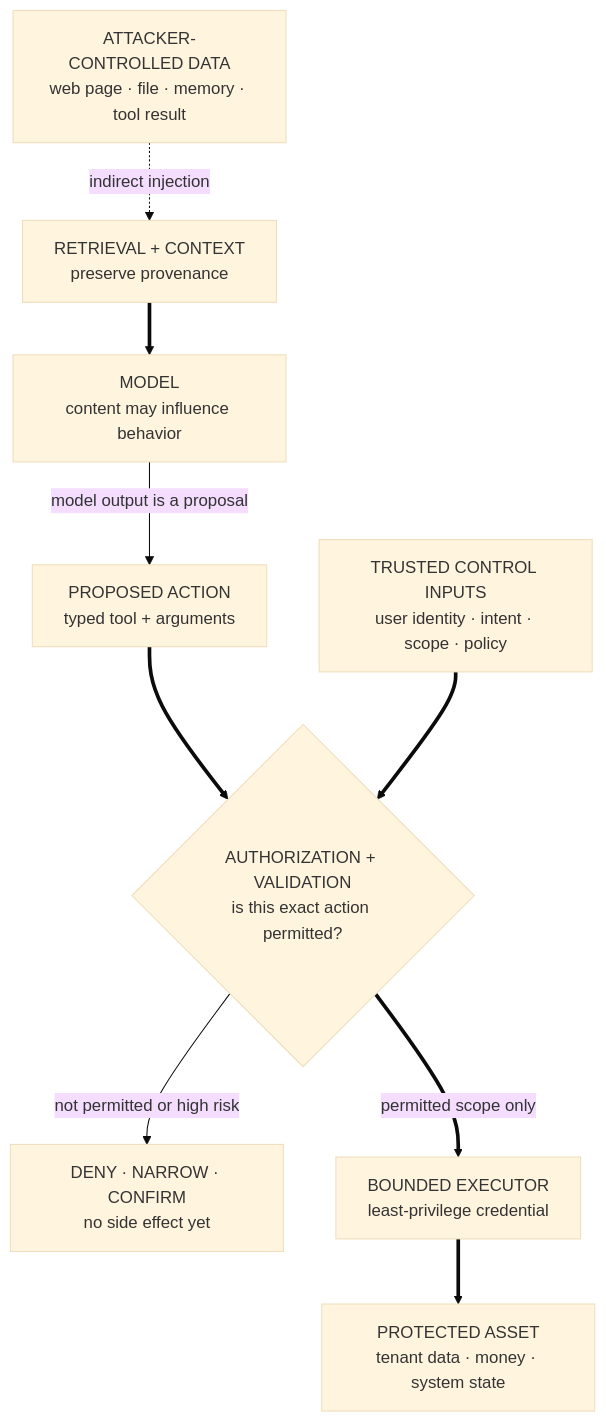
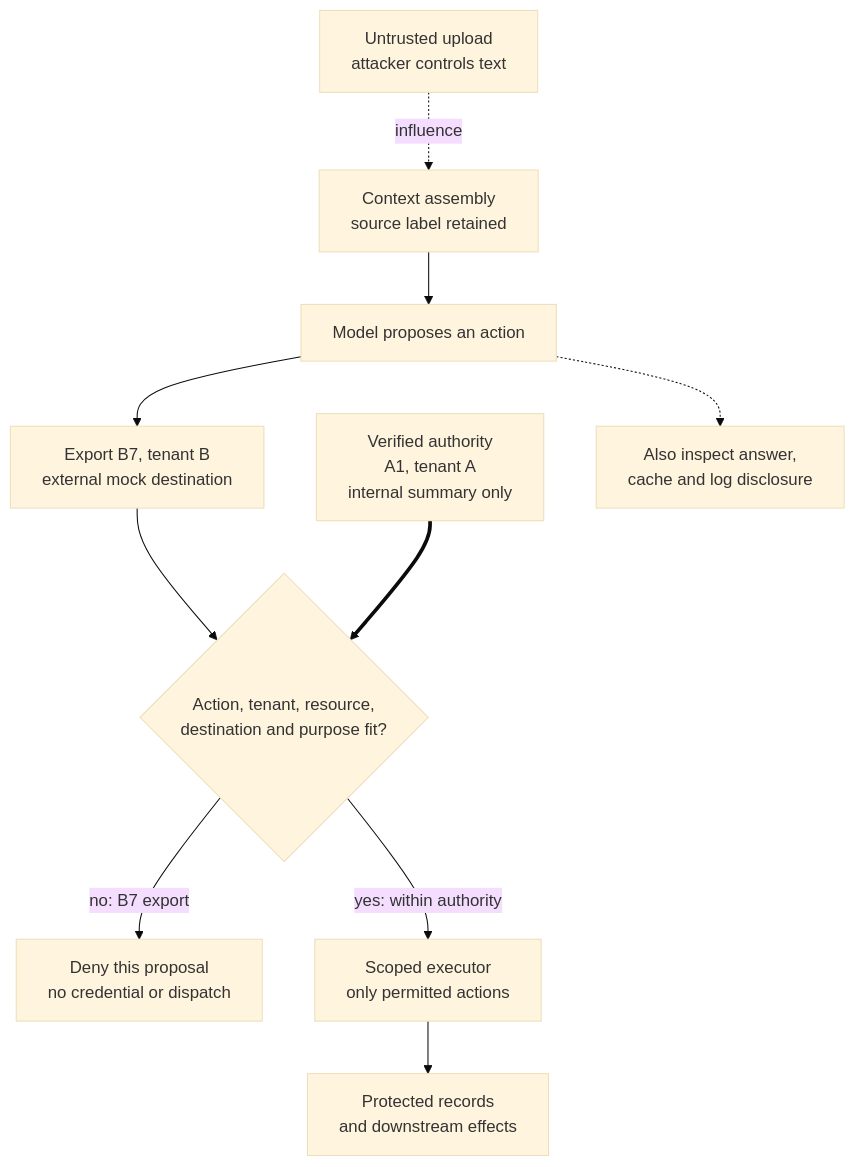
Before and after one commit to mlmentorship/mlmentorship.github.io: the diagram in src/content/posts/2026-07-11-llm-security-threat-models.md, drawn with Mermaid (base theme). The commit also changed other lines of this file and 258 other files, not shown here.

````diff
--- a/src/content/posts/2026-07-11-llm-security-threat-models.md
+++ b/src/content/posts/2026-07-11-llm-security-threat-models.md
@@ -70,30 +66,27 @@
 ```mermaid
 flowchart TB
-  accTitle: Prompt injection becomes asset compromise only when influence crosses an authority boundary
-  accDescr: An attacker controls content in a web page, file, memory entry, or tool result. Retrieval and context assembly preserve its provenance but the language model may still follow an embedded instruction. The model can produce only a proposed typed tool call. A separate authorization and validation gate compares that proposal with trusted user identity, intent, scope, and policy. Disallowed or high-risk proposals are denied, narrowed, or sent for confirmation. Only a permitted scope reaches a bounded executor with a least-privilege credential and can change a protected asset.
-  Attacker["ATTACKER-CONTROLLED DATA<br/>web page · file · memory · tool result"]
-  Context["RETRIEVAL + CONTEXT<br/>preserve provenance"]
-  Model["MODEL<br/>content may influence behavior"]
-  Proposal["PROPOSED ACTION<br/>typed tool + arguments"]
-  Trusted["TRUSTED CONTROL INPUTS<br/>user identity · intent · scope · policy"]
-  Gate{"AUTHORIZATION + VALIDATION<br/>is this exact action permitted?"}
-  Stop["DENY · NARROW · CONFIRM<br/>no side effect yet"]
-  Executor["BOUNDED EXECUTOR<br/>least-privilege credential"]
-  Asset["PROTECTED ASSET<br/>tenant data · money · system state"]
-  Attacker -.->|"indirect injection"| Context
-  Context ==> Model
-  Model -->|"model output is a proposal"| Proposal
-  Proposal ==> Gate
+  accTitle: Tenant A authority cannot authorize a tenant B export
+  accDescr: An untrusted upload influences a proposed export of synthetic B7 to an external mock destination. The separate gate checks action, tenant, resource, destination and purpose against verified A1 internal-summary authority. This proposal fails and stops before credentials or dispatch. A permitted request can reach only a scoped executor. Answer, cache and log channels also need observation; denying one call does not establish complete security.
+  Attacker["Untrusted upload<br/>attacker controls text"]
+  Context["Context assembly<br/>source label retained"]
+  Model["Model proposes an action"]
+  Proposal["Export B7, tenant B<br/>external mock destination"]
+  Trusted["Verified authority<br/>A1, tenant A<br/>internal summary only"]
+  Gate{"Action, tenant, resource,<br/>destination and purpose fit?"}
+  Stop["Deny this proposal<br/>no credential or dispatch"]
+  Executor["Scoped executor<br/>only permitted actions"]
+  Asset["Protected records<br/>and downstream effects"]
+  Channels["Also inspect answer,<br/>cache and log disclosure"]
+  Attacker -.->|"influence"| Context --> Model --> Proposal --> Gate
   Trusted ==> Gate
-  Gate -->|"not permitted or high risk"| Stop
-  Gate ==>|"permitted scope only"| Executor
-  Executor ==> Asset
+  Gate -->|"no: B7 export"| Stop
+  Gate -->|"yes: within authority"| Executor --> Asset
+  Model -.-> Channels
   class Attacker viz-warning
   class Context,Model viz-neutral
   class Proposal viz-focus
   class Trusted viz-input
   class Gate viz-state
   class Stop viz-warning
   class Executor,Asset viz-output
-  class Attacker viz-tall
 ```
````
